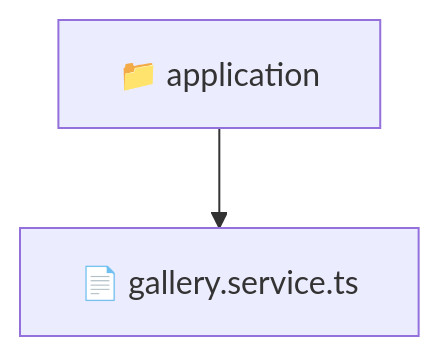
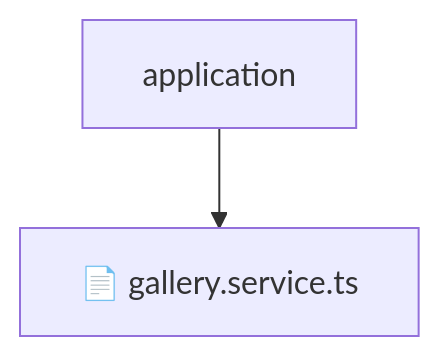
One commit to beginwebdev2002/fullstack-mavluda changed the diagram in backend/src/modules/gallery/application/README.md. Above: the diagram before and after it, drawn with Mermaid. The commit also changed other lines of this file and 155 other files, not shown here.

````diff
--- a/backend/src/modules/gallery/application/README.md
+++ b/backend/src/modules/gallery/application/README.md
@@ -10,5 +14,5 @@
 ```mermaid
 graph TD
-  Root["📁 application"]
-  Root --> galleryservicets["📄 gallery.service.ts"]
+    Root[application]
+    Root --> F0[📄 gallery.service.ts]
 ```
````
